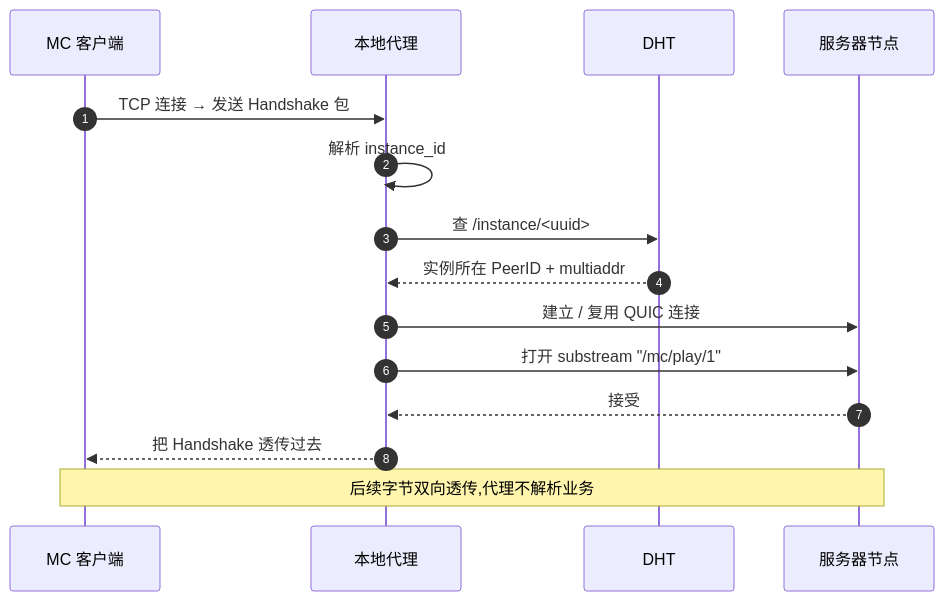
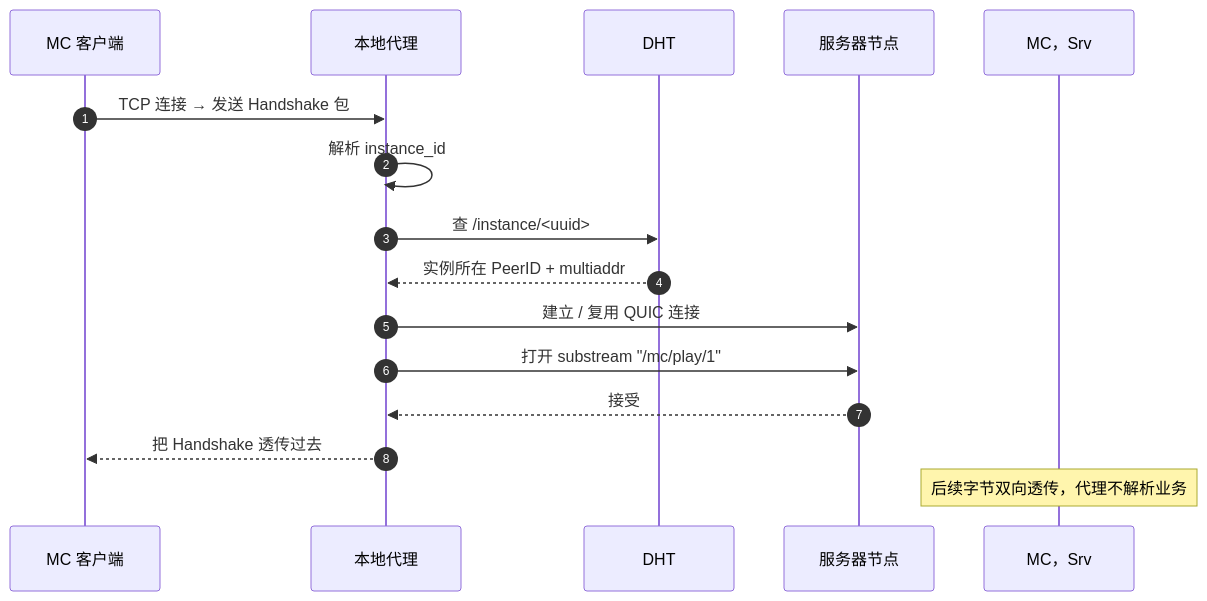
The diagram in pages/components/launcher/network.md (JLUCraft/docs), drawn with Mermaid before and after one commit. The commit also changed other lines of this file and 23 other files, not shown here.

````diff
--- a/pages/components/launcher/network.md
+++ b/pages/components/launcher/network.md
@@ -70,18 +70,18 @@
 ```mermaid
 sequenceDiagram
     autonumber
     participant MC as MC 客户端
     participant Px as 本地代理
     participant DHT
     participant Srv as 服务器节点
 
     MC->>Px: TCP 连接 → 发送 Handshake 包
     Px->>Px: 解析 instance_id
     Px->>DHT: 查 /instance/<uuid>
     DHT-->>Px: 实例所在 PeerID + multiaddr
     Px->>Srv: 建立 / 复用 QUIC 连接
     Px->>Srv: 打开 substream "/mc/play/1"
     Srv-->>Px: 接受
     Px-->>MC: 把 Handshake 透传过去
-    Note over MC,Srv: 后续字节双向透传,代理不解析业务
+    Note over MC，Srv: 后续字节双向透传，代理不解析业务
 ```
````
